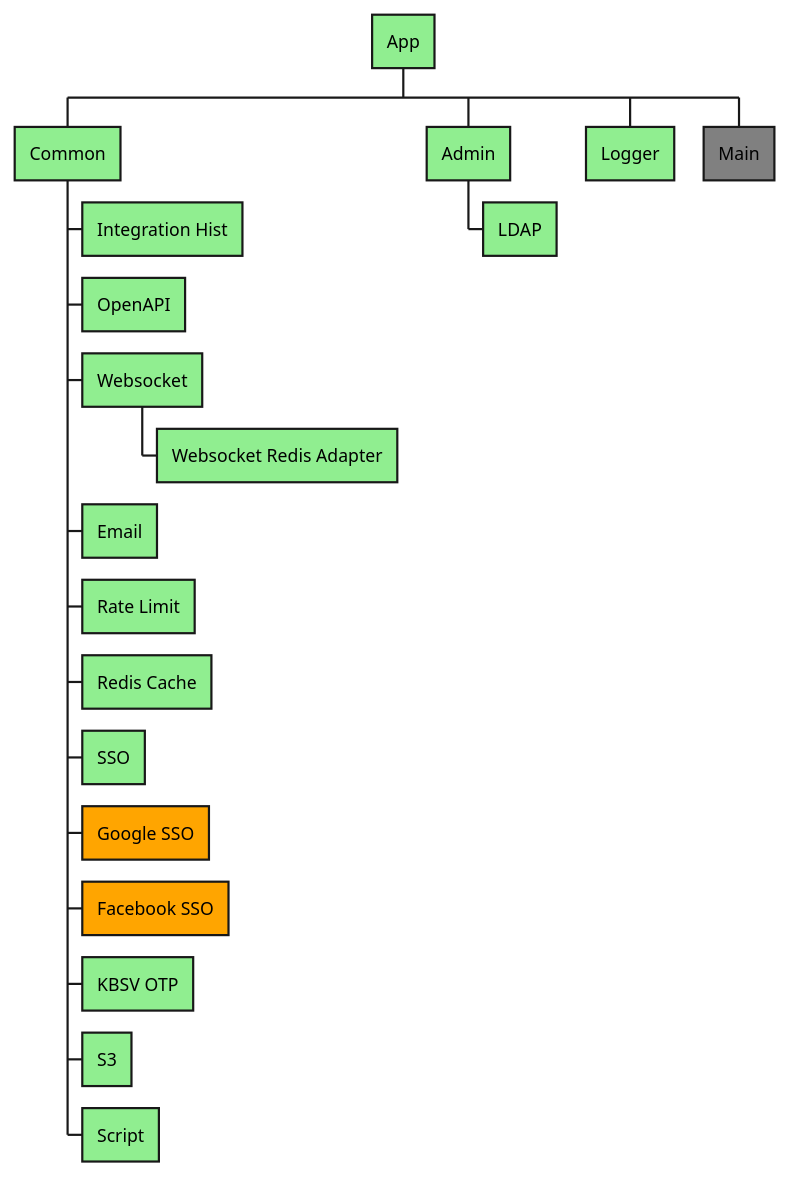
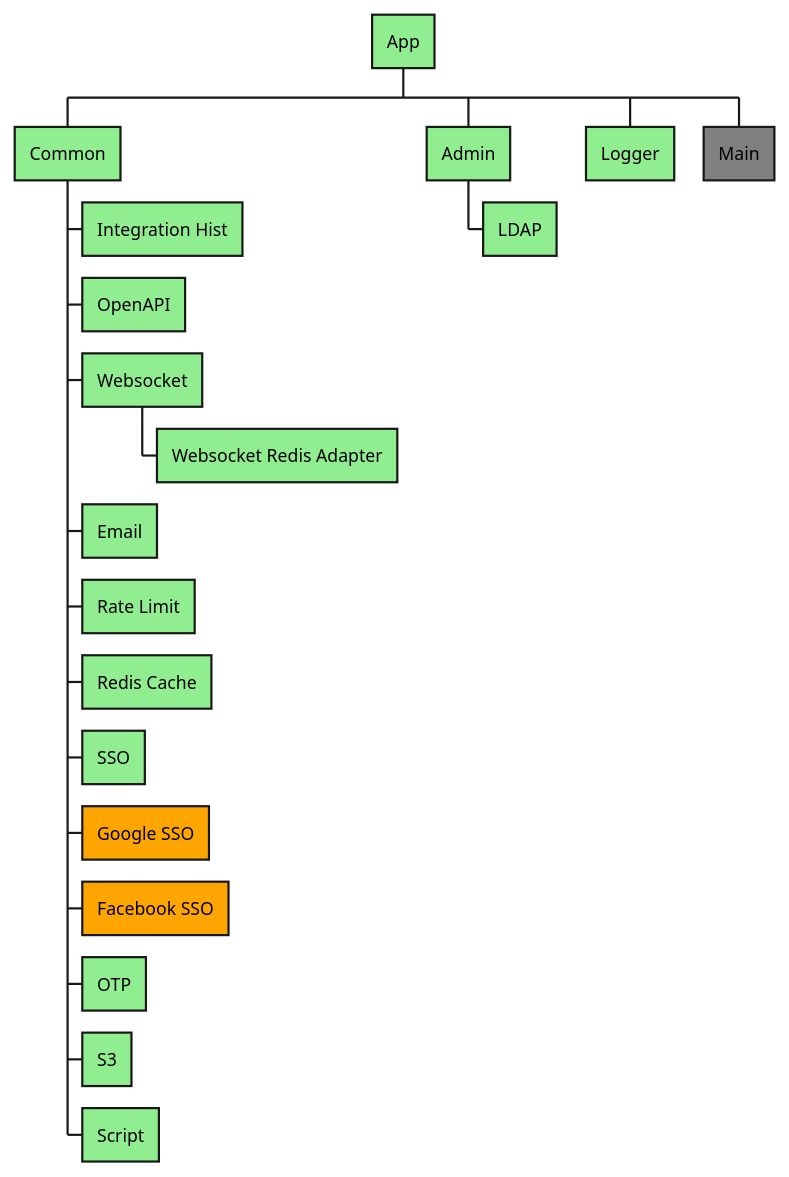
One commit to hiennx2010/BMS_PMC_2025_React changed the diagram in Project_Be/src/app-module/puml/modules.v2.puml. Above: the diagram before and after it, drawn with PlantUML. The commit also changed 4 other files, not shown here.

```diff
--- a/Project_Be/src/app-module/puml/modules.v2.puml
+++ b/Project_Be/src/app-module/puml/modules.v2.puml
@@ -1,23 +1,23 @@
 @startwbs
 
 *[#LightGreen] "App" as app
 **[#LightGreen] "Common" as common
 ***[#LightGreen] "Integration Hist" as intergation_hist
 ***[#LightGreen] "OpenAPI" as open_api
 ***[#LightGreen] "Websocket" as ws
 ****[#LightGreen] "Websocket Redis Adapter" as ws_redis
 ***[#LightGreen] "Email" as email
 ***[#LightGreen] "Rate Limit" as rate_limit
 ***[#LightGreen] "Redis Cache" as cache_redis
 ***[#LightGreen] "SSO" as sso
 ***[#Orange] "Google SSO" as gg_sso
 ***[#Orange] "Facebook SSO" as fb_sso
-***[#LightGreen] "KBSV OTP" as kbsv_otp
+***[#LightGreen] "OTP" as otp
 ***[#LightGreen] "S3" as s3
 ***[#LightGreen] "Script" as script
 **[#LightGreen] "Admin" as admin
 ***[#LightGreen] "LDAP" as ldap
 **[#LightGreen] "Logger" as logger
 **[#Gray] "Main" as main
 
 @endwbs
```
